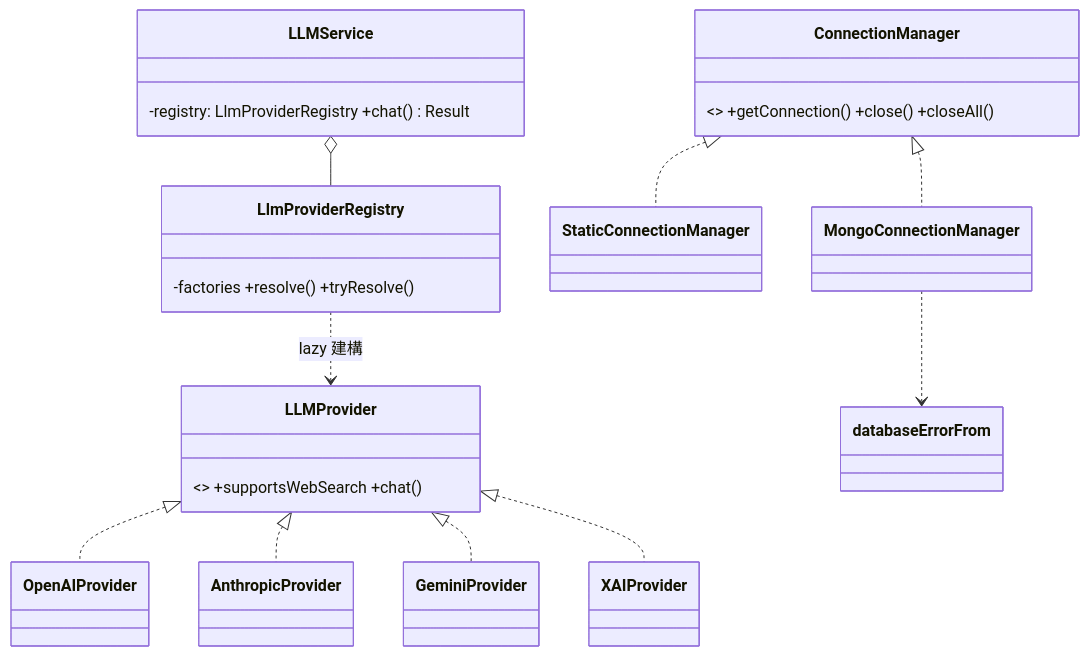
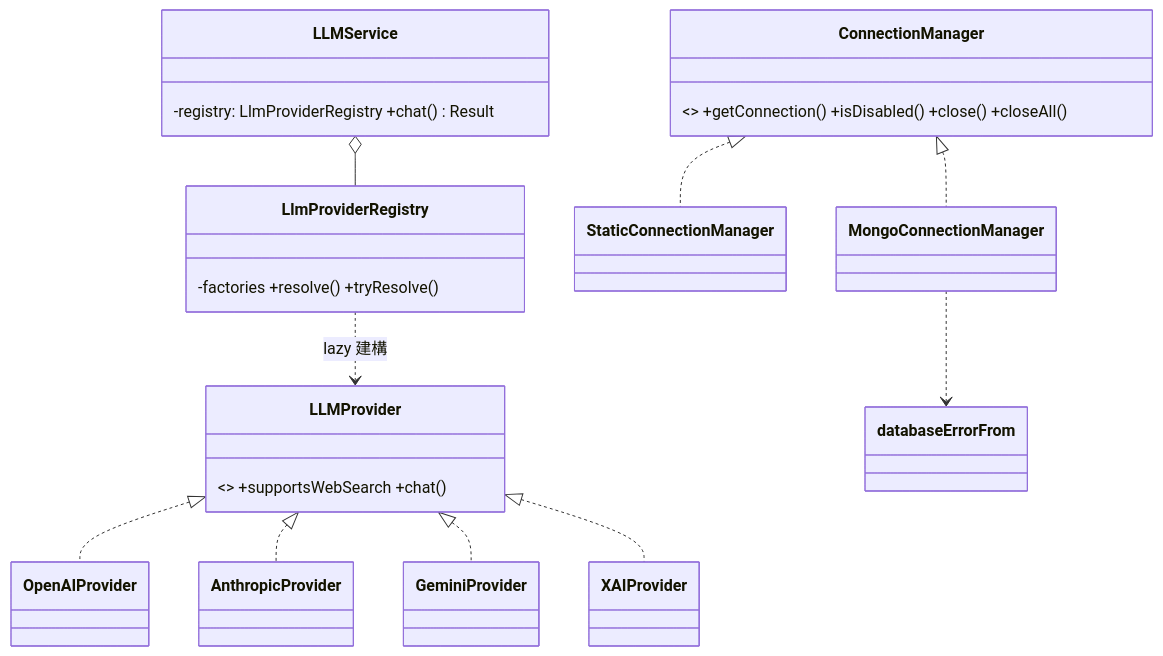
One commit to ACaccel/discord-bot changed the first of 2 diagrams in docs/design/C5-infra-adapters.md. Above: the diagram before and after it, drawn with Mermaid. The commit also changed other lines of this file and 11 other files, not shown here.

First line of the commit message:
feat(C5): ConnectionManager retry / transient-persistent disabling (D5)

````diff
--- a/docs/design/C5-infra-adapters.md
+++ b/docs/design/C5-infra-adapters.md
@@ -82,16 +86,16 @@
 ```mermaid
 classDiagram
-    class ConnectionManager { <<interface>> +getConnection() +close() +closeAll() }
+    class ConnectionManager { <<interface>> +getConnection() +isDisabled() +close() +closeAll() }
     ConnectionManager <|.. MongoConnectionManager
     ConnectionManager <|.. StaticConnectionManager
     class LLMProvider { <<interface>> +supportsWebSearch +chat() }
     LLMProvider <|.. OpenAIProvider
     LLMProvider <|.. AnthropicProvider
     LLMProvider <|.. GeminiProvider
     LLMProvider <|.. XAIProvider
     class LLMService { -registry: LlmProviderRegistry +chat() Result }
     class LlmProviderRegistry { -factories +resolve() +tryResolve() }
     LLMService o-- LlmProviderRegistry
     LlmProviderRegistry ..> LLMProvider : lazy 建構
     MongoConnectionManager ..> databaseErrorFrom
 ```
````
